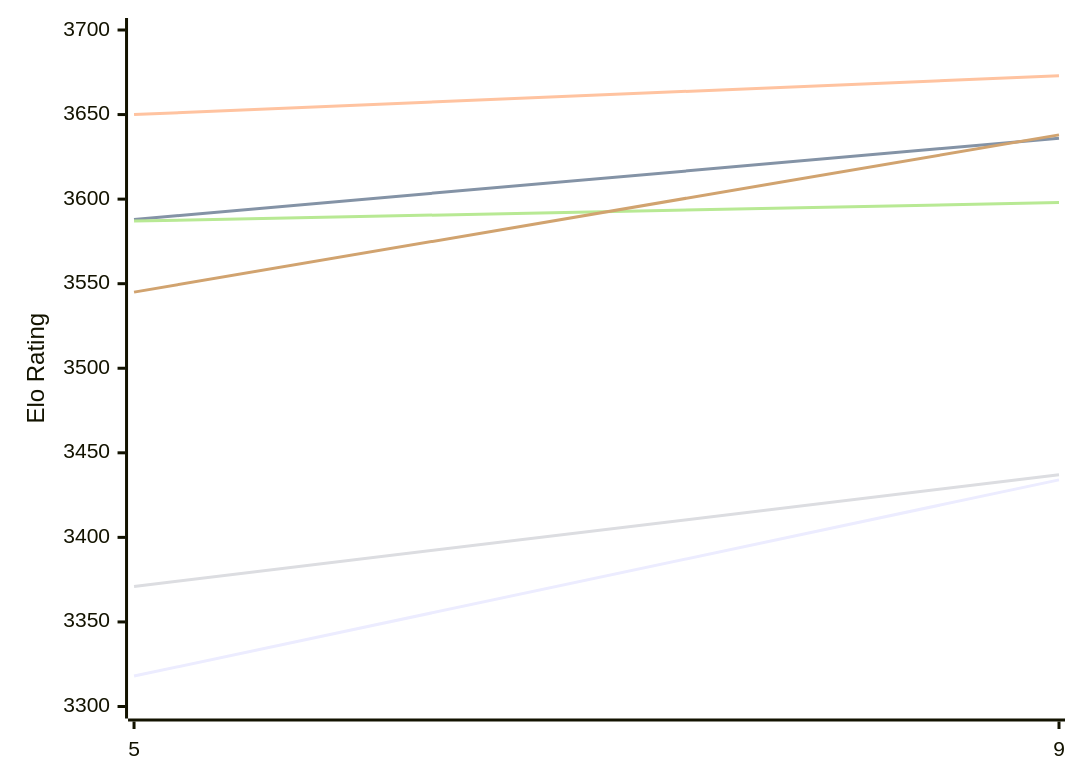
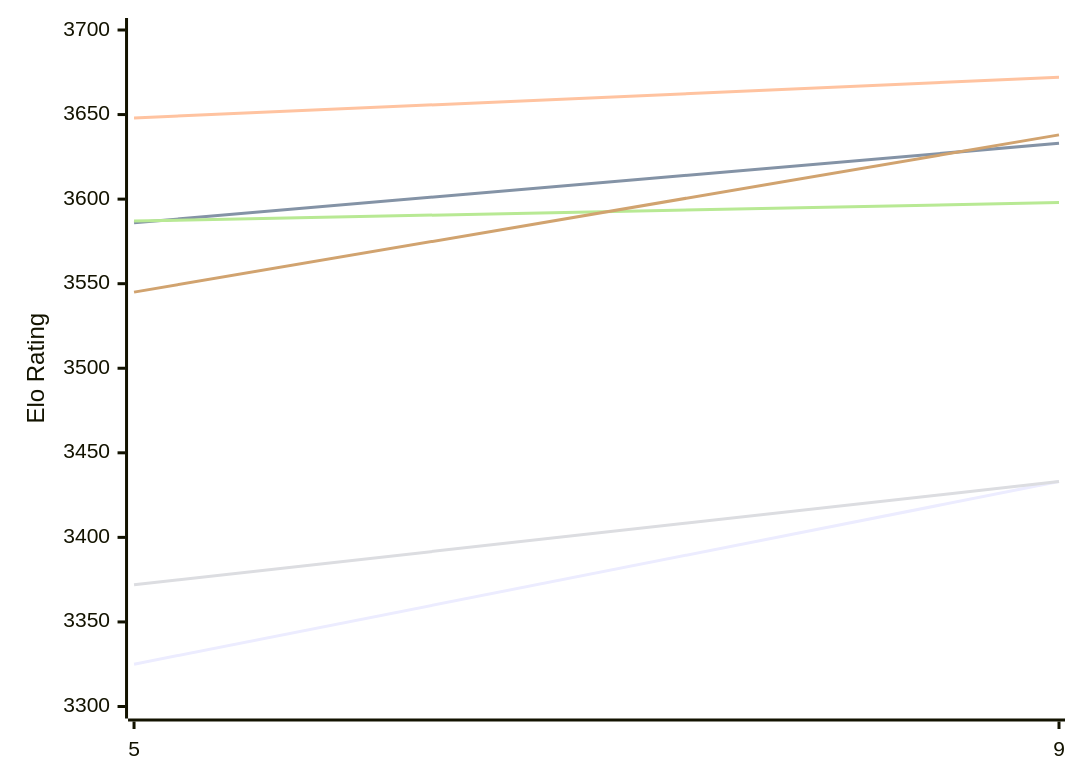
One commit to computer-chess-index/cci changed the first of 2 diagrams in engines/Crystal.md. Above: the diagram before and after it, drawn with Mermaid. The commit also changed other lines of this file, not shown here.

Commit message:
Update CCI Ratings (ELO VLTC) - 2026-11-27

````diff
--- a/engines/Crystal.md
+++ b/engines/Crystal.md
@@ -50,12 +50,12 @@
 ```mermaid
 %%{init: {"theme":"base","themeVariables":{"seriesColors:['#a3a3a3','#222221','#faa371']}}}%%
 xychart-beta
   x-axis ["5", "9"]
   y-axis "Elo Rating" 3300 --> 3700
-  line "E1: STC (8.0+0.08s)" [3318, 3434]
-  line "E1: LTC (60.0+0.60s)" [3588, 3636]
-  line "E1: VLTC (2m24s+1.12s)" [3650, 3673]
-  line "P1: STC (8.0+0.08s)" [3371, 3437]
+  line "E1: STC (8.0+0.08s)" [3325, 3433]
+  line "E1: LTC (60.0+0.60s)" [3586, 3633]
+  line "E1: VLTC (2m24s+1.12s)" [3648, 3672]
+  line "P1: STC (8.0+0.08s)" [3372, 3433]
   line "P1: LTC (60.0+0.60s)" [3587, 3598]
   line "P1: VLTC (2m24s+1.12s)" [3545, 3638]
 ```
````
